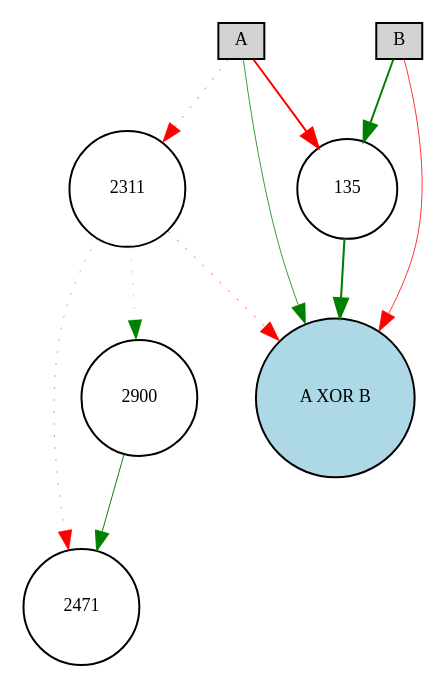
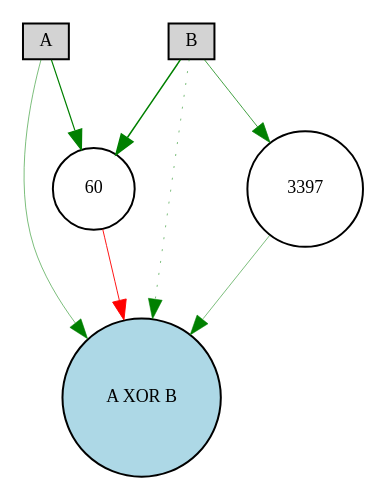
One commit to felix0901/NEAT changed the diagram in examples/xor/Digraph.gv. Above: the diagram before and after it, drawn with Graphviz. The commit also changed 21 other files, not shown here.

```diff
--- a/examples/xor/Digraph.gv
+++ b/examples/xor/Digraph.gv
@@ -1,20 +1,15 @@
 digraph {
 	node [fontsize=9 height=0.2 shape=circle width=0.2]
 	A [fillcolor=lightgray shape=box style=filled]
 	B [fillcolor=lightgray shape=box style=filled]
 	"A XOR B" [fillcolor=lightblue style=filled]
-	2471 [fillcolor=white style=filled]
-	2311 [fillcolor=white style=filled]
-	135 [fillcolor=white style=filled]
-	2900 [fillcolor=white style=filled]
-	B -> 135 [color=green penwidth=0.984676217278395 style=solid]
-	135 -> "A XOR B" [color=green penwidth=1.0535847125810227 style=solid]
-	A -> 135 [color=red penwidth=1.0001504081622716 style=solid]
-	A -> "A XOR B" [color=green penwidth=0.39102651215057627 style=solid]
-	A -> 2311 [color=red penwidth=0.28002824115018543 style=dotted]
-	2311 -> "A XOR B" [color=red penwidth=0.3460683386274708 style=dotted]
-	B -> "A XOR B" [color=red penwidth=0.39562622531611114 style=solid]
-	2311 -> 2471 [color=red penwidth=0.22266712487839627 style=dotted]
-	2311 -> 2900 [color=green penwidth=0.13731779609292877 style=dotted]
-	2900 -> 2471 [color=green penwidth=0.49204817269837764 style=solid]
+	60 [fillcolor=white style=filled]
+	3397 [fillcolor=white style=filled]
+	A -> 60 [color=green penwidth=0.5987513783116261 style=solid]
+	60 -> "A XOR B" [color=red penwidth=0.4585132632794495 style=solid]
+	B -> 60 [color=green penwidth=0.7713743929807734 style=solid]
+	B -> "A XOR B" [color=green penwidth=0.2589873634609602 style=dotted]
+	B -> 3397 [color=green penwidth=0.36766880805950486 style=solid]
+	3397 -> "A XOR B" [color=green penwidth=0.25796868040918036 style=solid]
+	A -> "A XOR B" [color=green penwidth=0.260652061346962 style=solid]
 }
```
